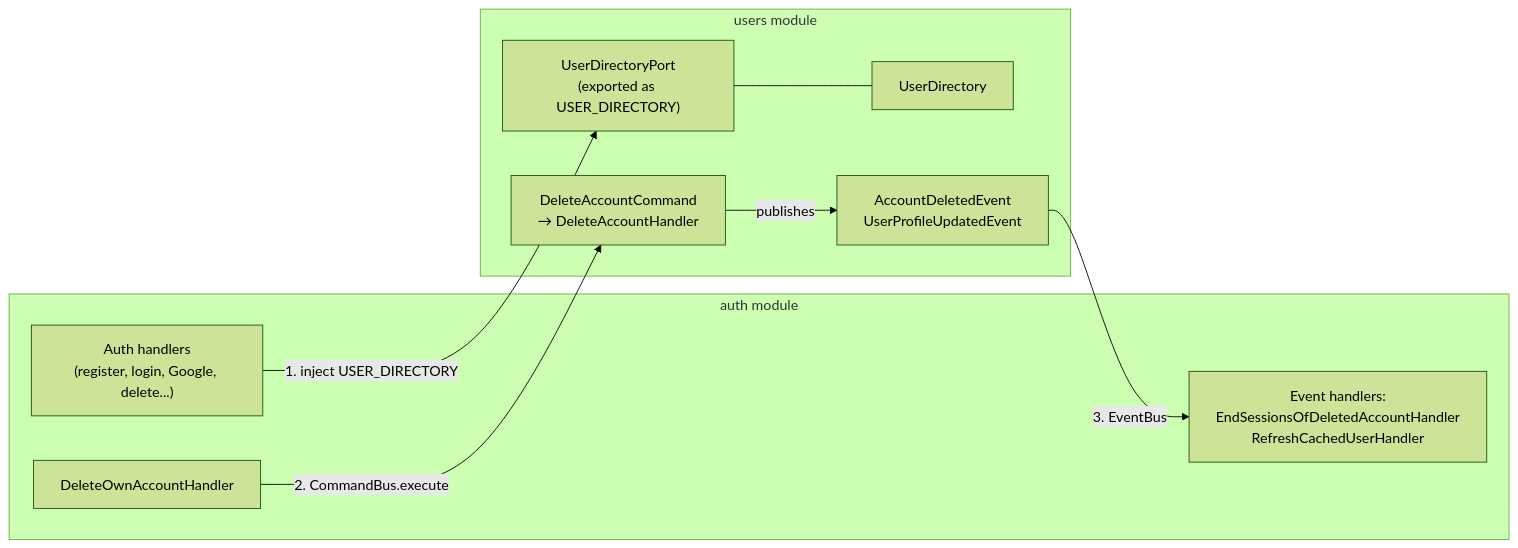
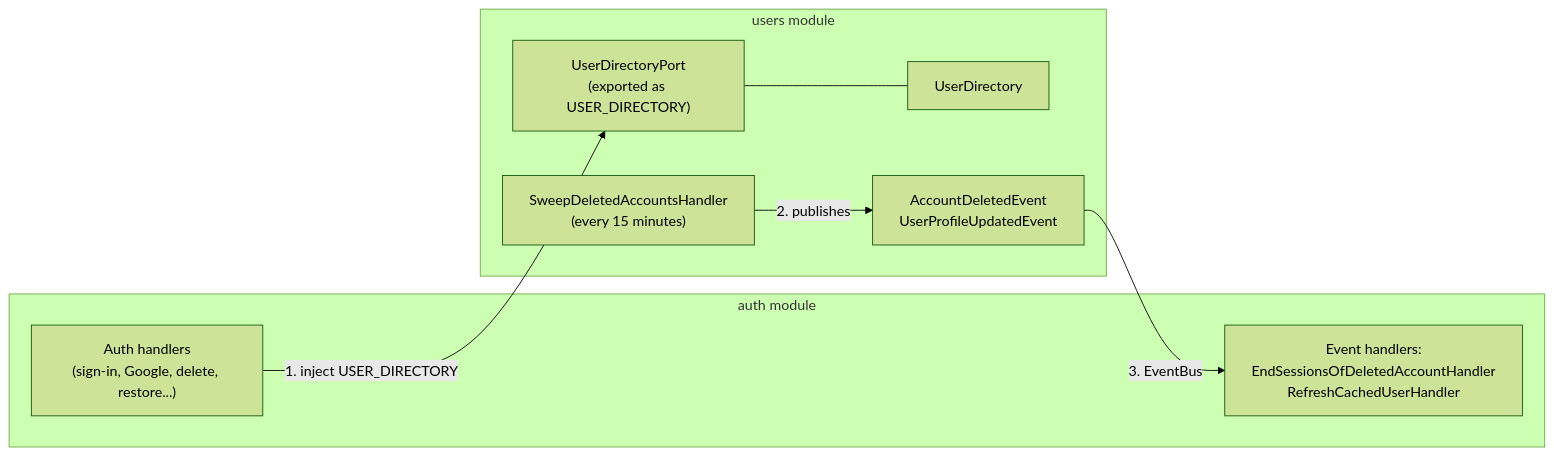
One commit to StoriuSs/NezFocus-Backend changed the fourth of 4 diagrams in docs/hexagonal-architecture.md. Above: the diagram before and after it, drawn with Mermaid (forest theme). The commit also changed other lines of this file and 29 other files, not shown here.

Commit message:
docs: describe the 14-day account deletion wait and restore

````diff
--- a/docs/hexagonal-architecture.md
+++ b/docs/hexagonal-architecture.md
@@ -715,19 +716,17 @@
 ```mermaid
 flowchart LR
     subgraph AUTH["auth module"]
-        H["Auth handlers\n(register, login, Google, delete...)"]
-        DOH["DeleteOwnAccountHandler"]
+        H["Auth handlers\n(sign-in, Google, delete, restore...)"]
         EH["Event handlers:\nEndSessionsOfDeletedAccountHandler\nRefreshCachedUserHandler"]
     end
     subgraph USERS["users module"]
         UDP["UserDirectoryPort\n(exported as USER_DIRECTORY)"]
         UDA["UserDirectory"]
-        DAC["DeleteAccountCommand\n→ DeleteAccountHandler"]
+        SW["SweepDeletedAccountsHandler\n(every 15 minutes)"]
         EV["AccountDeletedEvent\nUserProfileUpdatedEvent"]
     end
     H -->|"1. inject USER_DIRECTORY"| UDP
     UDP --- UDA
-    DOH -->|"2. CommandBus.execute"| DAC
-    DAC -->|publishes| EV
+    SW -->|"2. publishes"| EV
     EV -->|"3. EventBus"| EH
 ```
````
